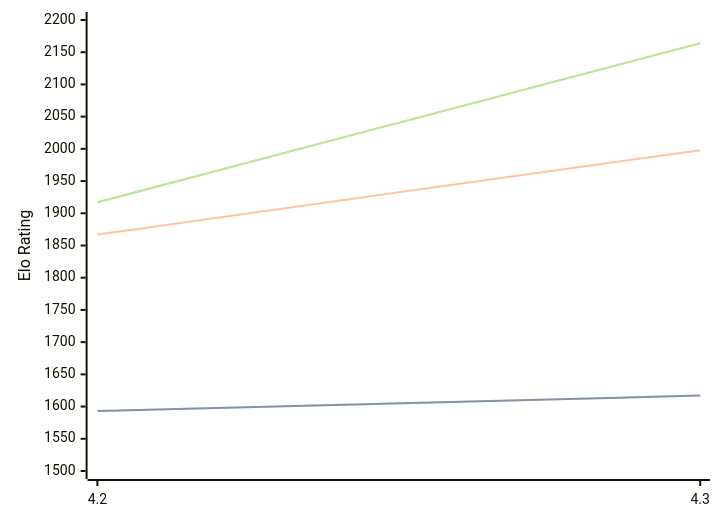
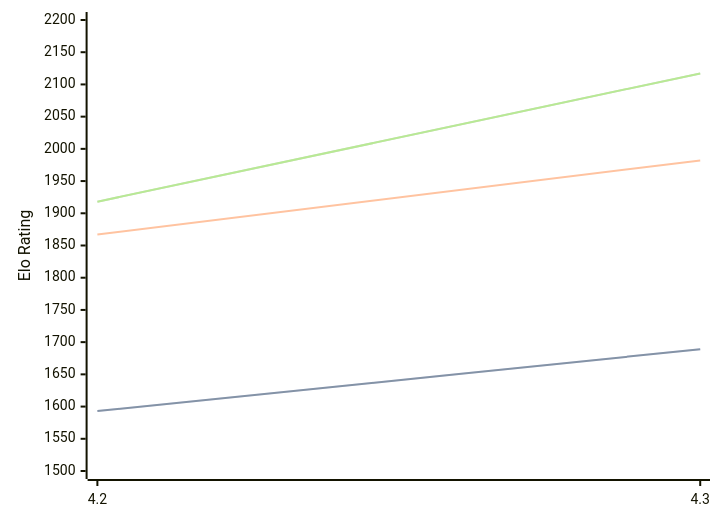
One commit to computer-chess-index/cci changed the diagram in engines/Radiance.md. Above: the diagram before and after it, drawn with Mermaid. The commit also changed other lines of this file, not shown here.

Commit message:
Update CCI Ratings (ELO VLTC) - 2026-03-27

````diff
--- a/engines/Radiance.md
+++ b/engines/Radiance.md
@@ -35,11 +35,11 @@
 ```mermaid
 %%{init: {"theme":"base","themeVariables":{"seriesColors:['#a3a3a3','#222221','#faa371']}}}%%
 xychart-beta
   x-axis ["4.2", "4.3"]
   y-axis "Elo Rating" 1500 --> 2200
-  line "STC (8.0+0.08s)" [1593, 1617]
-  line "STC (8.0+0.08s)" [1593, 1617]
-  line "LTC (60.0+0.60s)" [1867, 1998]
-  line "VLTC (2m24s+1.12s)" [1917, 2164]
-  line "VLTC (2m24s+1.12s)" [1917, 2164]
+  line "STC (8.0+0.08s)" [1593, 1689]
+  line "STC (8.0+0.08s)" [1593, 1689]
+  line "LTC (60.0+0.60s)" [1867, 1982]
+  line "VLTC (2m24s+1.12s)" [1918, 2117]
+  line "VLTC (2m24s+1.12s)" [1918, 2117]
 ```
````
